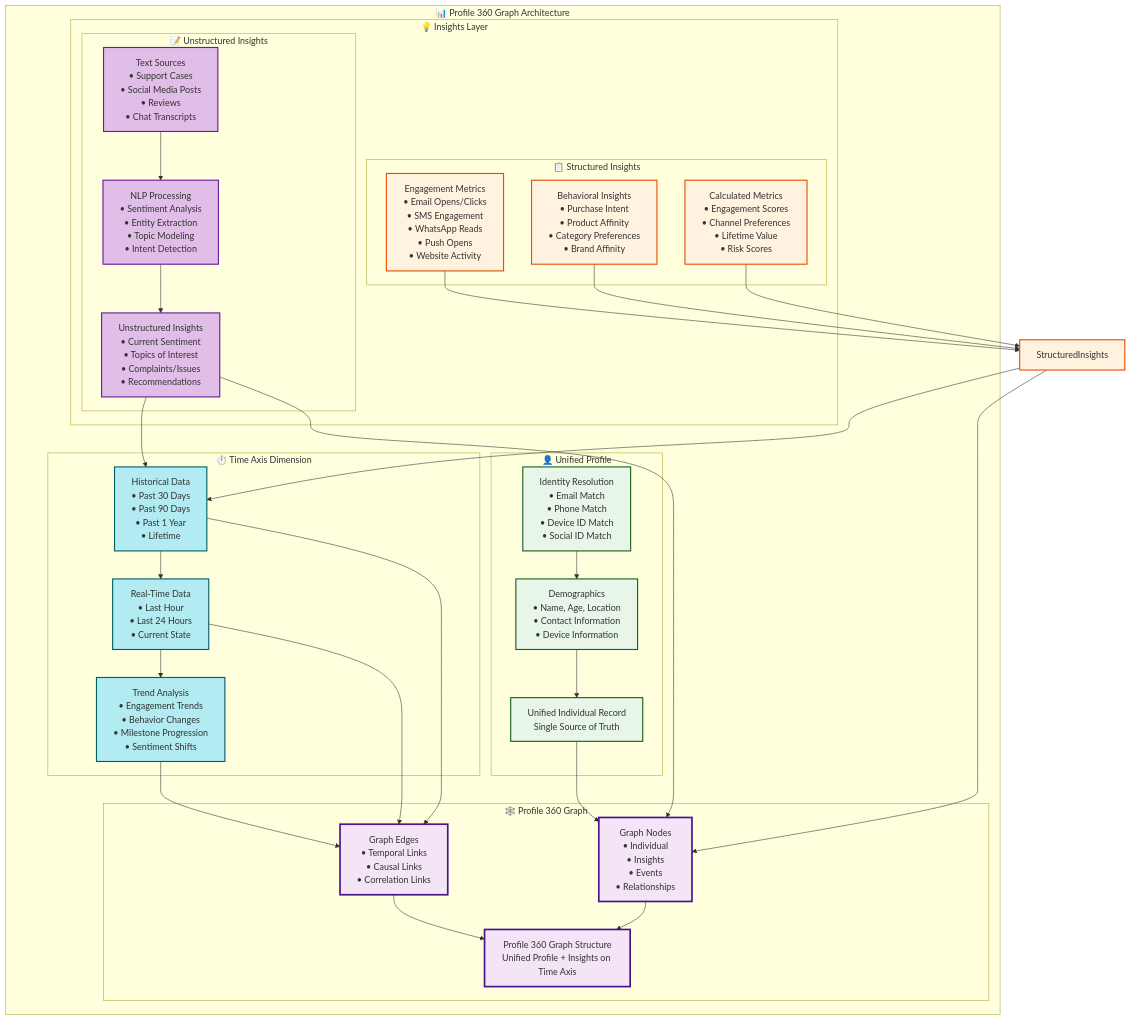
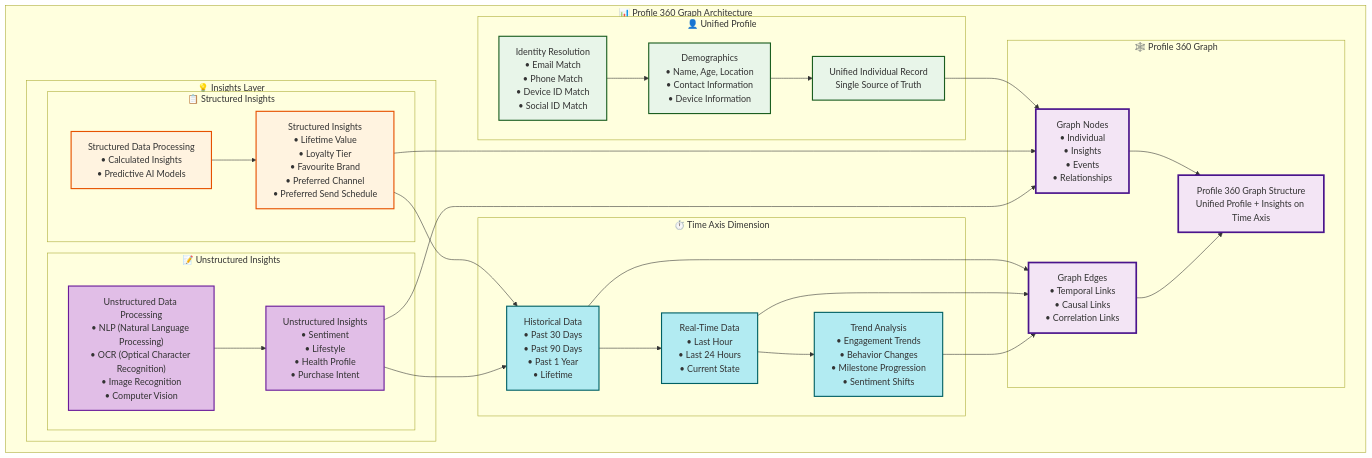
Before and after one commit to biswarupbsf/datacloud-personalization-app: the second of 2 diagrams in ARCHITECTURE_FLOWCHART.md, drawn with Mermaid. The commit also changed other lines of this file, not shown here.

````diff
--- a/ARCHITECTURE_FLOWCHART.md
+++ b/ARCHITECTURE_FLOWCHART.md
@@ -216,15 +219,13 @@
         subgraph Insights["💡 Insights Layer"]
             
             subgraph Structured["📋 Structured Insights"]
-                Engagement["Engagement Metrics<br/>• Email Opens/Clicks<br/>• SMS Engagement<br/>• WhatsApp Reads<br/>• Push Opens<br/>• Website Activity"]
-                Behavioral["Behavioral Insights<br/>• Purchase Intent<br/>• Product Affinity<br/>• Category Preferences<br/>• Brand Affinity"]
-                Calculated["Calculated Metrics<br/>• Engagement Scores<br/>• Channel Preferences<br/>• Lifetime Value<br/>• Risk Scores"]
+                StructuredProc["Structured Data Processing<br/>• Calculated Insights<br/>• Predictive AI Models"]
+                StructuredInsights["Structured Insights<br/>• Lifetime Value<br/>• Loyalty Tier<br/>• Favourite Brand<br/>• Preferred Channel<br/>• Preferred Send Schedule"]
             end
             
             subgraph Unstructured["📝 Unstructured Insights"]
-                NLP["NLP Processing<br/>• Sentiment Analysis<br/>• Entity Extraction<br/>• Topic Modeling<br/>• Intent Detection"]
-                TextData["Text Sources<br/>• Support Cases<br/>• Social Media Posts<br/>• Reviews<br/>• Chat Transcripts"]
-                UnstructuredInsights["Unstructured Insights<br/>• Current Sentiment<br/>• Topics of Interest<br/>• Complaints/Issues<br/>• Recommendations"]
+                UnstructuredProc["Unstructured Data Processing<br/>• NLP (Natural Language Processing)<br/>• OCR (Optical Character Recognition)<br/>• Image Recognition<br/>• Computer Vision"]
+                UnstructuredInsights["Unstructured Insights<br/>• Sentiment<br/>• Lifestyle<br/>• Health Profile<br/>• Purchase Intent"]
             end
         end
         
@@ -247,18 +248,16 @@
     Identity --> Demographics
     Demographics --> UnifiedRecord
     
-    Engagement --> StructuredInsights
-    Behavioral --> StructuredInsights
-    Calculated --> StructuredInsights
+    StructuredProc --> StructuredInsights
+    UnstructuredProc --> UnstructuredInsights
     
-    TextData --> NLP
-    NLP --> UnstructuredInsights
-    
+    %% Both insights are temporal on time axis
     StructuredInsights --> Historical
     UnstructuredInsights --> Historical
     Historical --> RealTime
     RealTime --> Trends
     
+    %% Unified profile marries with temporal insights to create Dynamic Profile 360 Graph
     UnifiedRecord --> Nodes
     StructuredInsights --> Nodes
     UnstructuredInsights --> Nodes
@@ -279,8 +278,8 @@
     classDef graphStyle fill:#f3e5f5,stroke:#4a148c,stroke-width:3px
     
     class Identity,Demographics,UnifiedRecord unifiedStyle
-    class Engagement,Behavioral,Calculated,StructuredInsights structuredStyle
-    class NLP,TextData,UnstructuredInsights unstructuredStyle
+    class StructuredProc,StructuredInsights structuredStyle
+    class UnstructuredProc,UnstructuredInsights unstructuredStyle
     class Historical,RealTime,Trends timeStyle
     class Nodes,Edges,GraphStructure graphStyle
 ```
````
